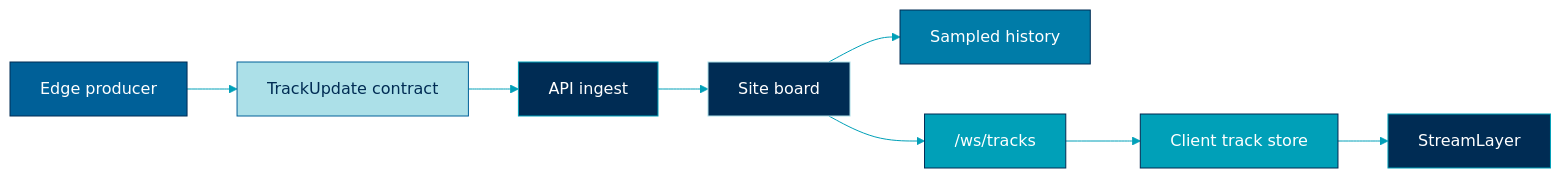
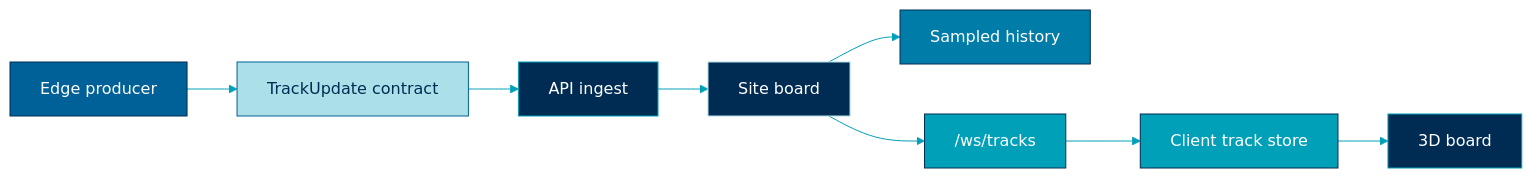
Before and after one commit to aurelius-in/harborwatch-3d: the first of 3 diagrams in docs/diagrams/data-flow.md, drawn with Mermaid. The commit also changed other lines of this file and 55 other files, not shown here.

````diff
--- a/docs/diagrams/data-flow.md
+++ b/docs/diagrams/data-flow.md
@@ -11,32 +11,32 @@
 ```mermaid
 %%{init: {
   "theme": "base",
   "themeVariables": {
     "primaryColor": "#E8F8F8",
     "primaryTextColor": "#002C54",
     "lineColor": "#00A0B8"
   }
 }}%%
 flowchart LR
   e["Edge producer"]
   c["TrackUpdate contract"]
   i["API ingest"]
   b["Site board"]
   h["Sampled history"]
   s["/ws/tracks"]
   t["Client track store"]
-  l["StreamLayer"]
+  l["3D board"]
 
   e --> c --> i --> b
   b --> s --> t --> l
   b --> h
 
   style e fill:#006098,stroke:#002C54,color:#FFFFFF
   style c fill:#ACE0E8,stroke:#006098,color:#002C54
   style i fill:#002C54,stroke:#00A0B8,color:#FFFFFF
   style b fill:#002C54,stroke:#ACE0E8,color:#FFFFFF
   style h fill:#007CA8,stroke:#002C54,color:#FFFFFF
   style s fill:#00A0B8,stroke:#002C54,color:#FFFFFF
   style t fill:#00A0B8,stroke:#002850,color:#FFFFFF
   style l fill:#002C54,stroke:#00A0B8,color:#FFFFFF
 ```
````
